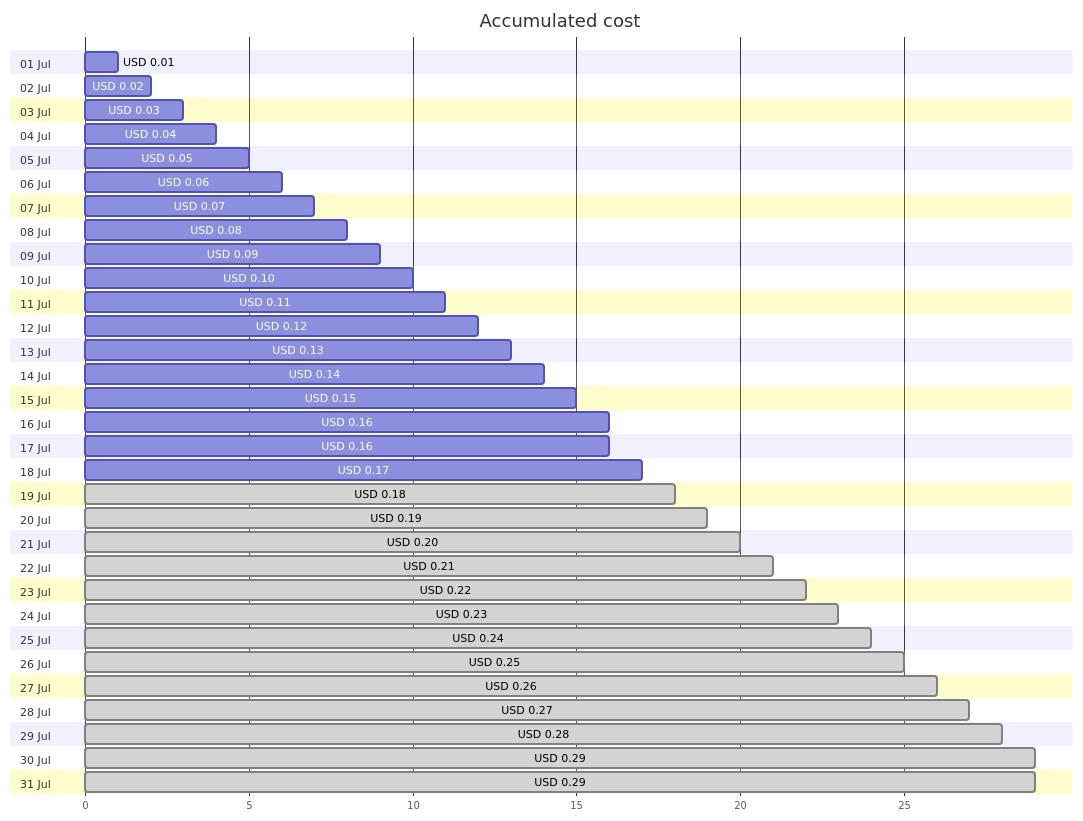
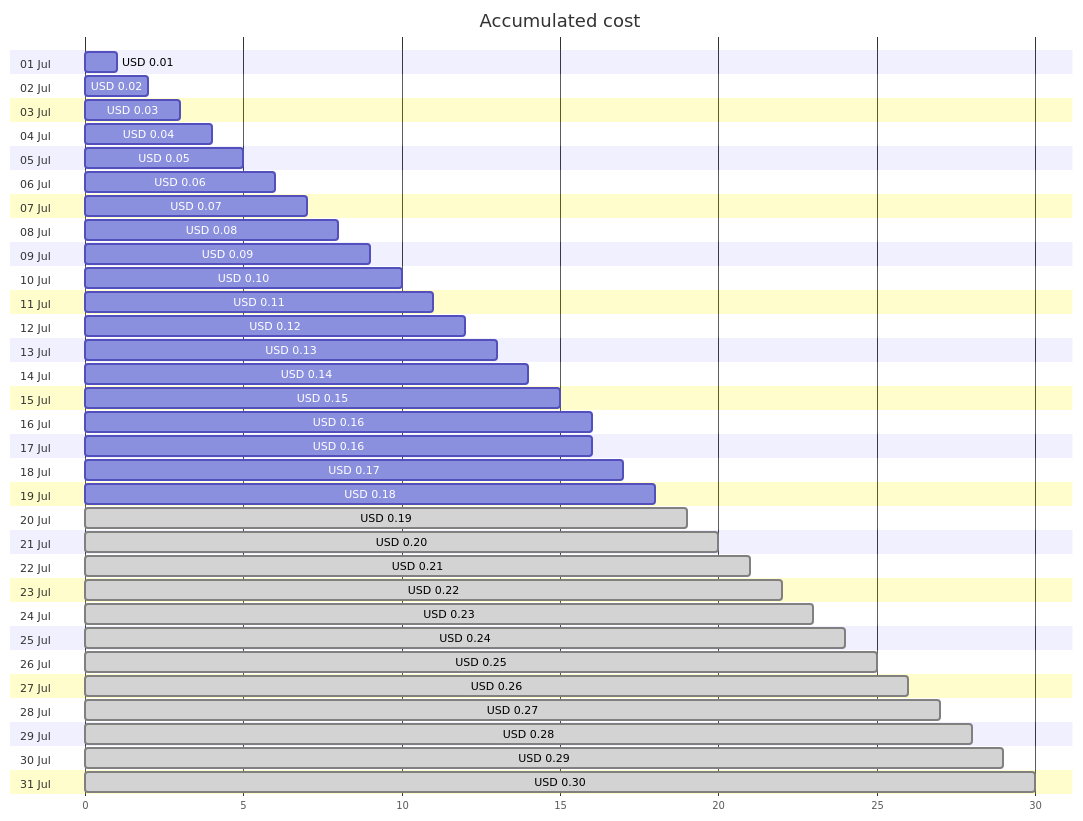
The first of 4 diagrams in cost-reports/cloud-shell-storage-eastus/README.md (jpfulton/azure-personal-reports), drawn with Mermaid before and after one commit. The commit also changed other lines of this file and 1 other file, not shown here.

````diff
--- a/cost-reports/cloud-shell-storage-eastus/README.md
+++ b/cost-reports/cloud-shell-storage-eastus/README.md
@@ -20,68 +20,68 @@
 ```mermaid
 gantt
    title Accumulated cost
    dateFormat  X
    axisFormat %s
    section 01 Jul
    USD 0.01 :0, 1
    section 02 Jul
    USD 0.02 :0, 2
    section 03 Jul
    USD 0.03 :0, 3
    section 04 Jul
    USD 0.04 :0, 4
    section 05 Jul
    USD 0.05 :0, 5
    section 06 Jul
    USD 0.06 :0, 6
    section 07 Jul
    USD 0.07 :0, 7
    section 08 Jul
    USD 0.08 :0, 8
    section 09 Jul
    USD 0.09 :0, 9
    section 10 Jul
    USD 0.10 :0, 10
    section 11 Jul
    USD 0.11 :0, 11
    section 12 Jul
    USD 0.12 :0, 12
    section 13 Jul
    USD 0.13 :0, 13
    section 14 Jul
    USD 0.14 :0, 14
    section 15 Jul
    USD 0.15 :0, 15
    section 16 Jul
    USD 0.16 :0, 16
    section 17 Jul
    USD 0.16 :0, 16
    section 18 Jul
    USD 0.17 :0, 17
    section 19 Jul
-   USD 0.18 : done, 0, 18
+   USD 0.18 :0, 18
    section 20 Jul
    USD 0.19 : done, 0, 19
    section 21 Jul
    USD 0.20 : done, 0, 20
    section 22 Jul
    USD 0.21 : done, 0, 21
    section 23 Jul
    USD 0.22 : done, 0, 22
    section 24 Jul
    USD 0.23 : done, 0, 23
    section 25 Jul
    USD 0.24 : done, 0, 24
    section 26 Jul
    USD 0.25 : done, 0, 25
    section 27 Jul
    USD 0.26 : done, 0, 26
    section 28 Jul
    USD 0.27 : done, 0, 27
    section 29 Jul
    USD 0.28 : done, 0, 28
    section 30 Jul
    USD 0.29 : done, 0, 29
    section 31 Jul
-   USD 0.29 : done, 0, 29
+   USD 0.30 : done, 0, 30
 ```
````
